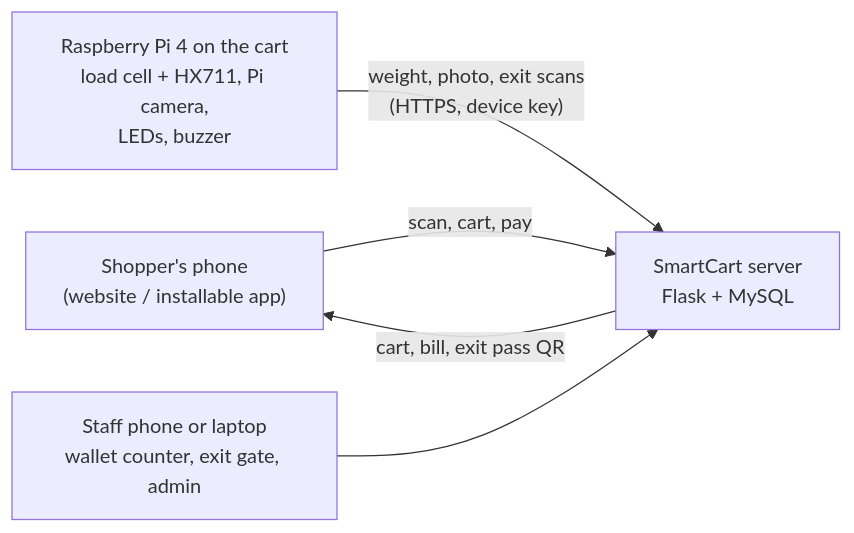
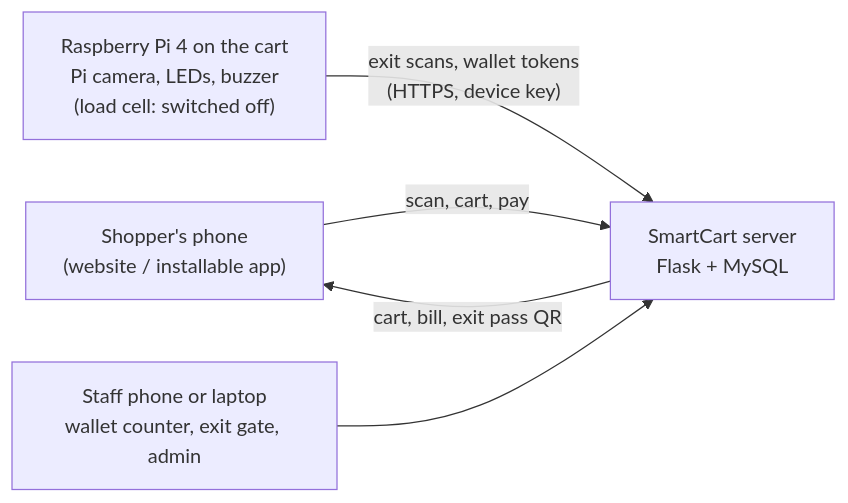
The diagram in README.md (hardikrawat910-byte/smart-billing-cart), drawn with Mermaid before and after one commit. The commit also changed other lines of this file and 35 other files, not shown here.

First line of the commit message:
v2.9.0: cart scale switched off; rate limits, CSP, signed photos, pinned deps

````diff
--- a/README.md
+++ b/README.md
@@ -21,7 +21,7 @@
 ```mermaid
 flowchart LR
     P["Shopper's phone<br/>(website / installable app)"] -- "scan, cart, pay" --> S["SmartCart server<br/>Flask + MySQL"]
     S -- "cart, bill, exit pass QR" --> P
-    Pi["Raspberry Pi 4 on the cart<br/>load cell + HX711, Pi camera,<br/>LEDs, buzzer"] -- "weight, photo, exit scans<br/>(HTTPS, device key)" --> S
+    Pi["Raspberry Pi 4 on the cart<br/>Pi camera, LEDs, buzzer<br/>(load cell: switched off)"] -- "exit scans, wallet tokens<br/>(HTTPS, device key)" --> S
     St["Staff phone or laptop<br/>wallet counter, exit gate, admin"] --> S
 ```
````
